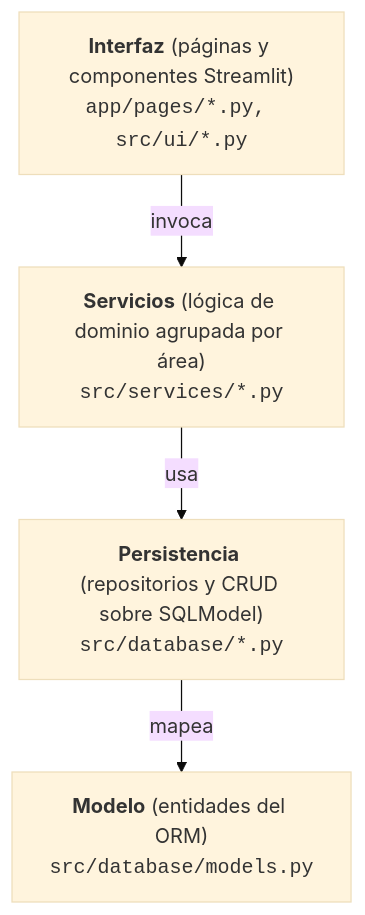
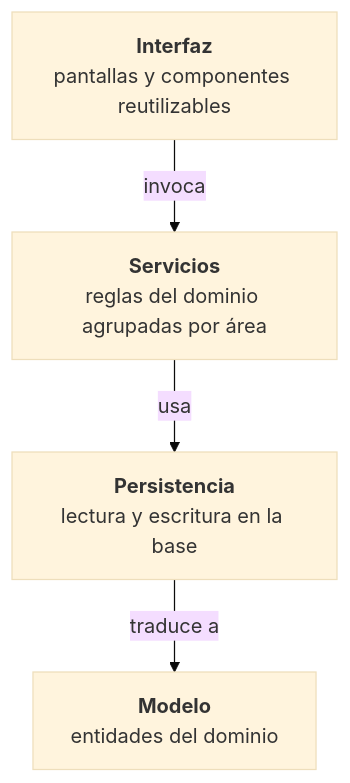
One commit to l-antonelli/gestor-aulas changed the first of 3 diagrams in project/Informe/cap07_arquitectura.md. Above: the diagram before and after it, drawn with Mermaid (base theme). The commit also changed other lines of this file and 15 other files, not shown here.

````diff
--- a/project/Informe/cap07_arquitectura.md
+++ b/project/Informe/cap07_arquitectura.md
@@ -191,11 +100,11 @@
 ```mermaid
 flowchart TD
-    UI["<b>Interfaz</b> (páginas y componentes Streamlit)<br/><code>app/pages/*.py, src/ui/*.py</code>"]
-    SVC["<b>Servicios</b> (lógica de dominio agrupada por área)<br/><code>src/services/*.py</code>"]
-    PER["<b>Persistencia</b> (repositorios y CRUD sobre SQLModel)<br/><code>src/database/*.py</code>"]
-    MOD["<b>Modelo</b> (entidades del ORM)<br/><code>src/database/models.py</code>"]
+    UI["<b>Interfaz</b><br/>pantallas y componentes reutilizables"]
+    SVC["<b>Servicios</b><br/>reglas del dominio agrupadas por área"]
+    PER["<b>Persistencia</b><br/>lectura y escritura en la base"]
+    MOD["<b>Modelo</b><br/>entidades del dominio"]
 
     UI -->|invoca| SVC
     SVC -->|usa| PER
-    PER -->|mapea| MOD
+    PER -->|traduce a| MOD
 ```
````
